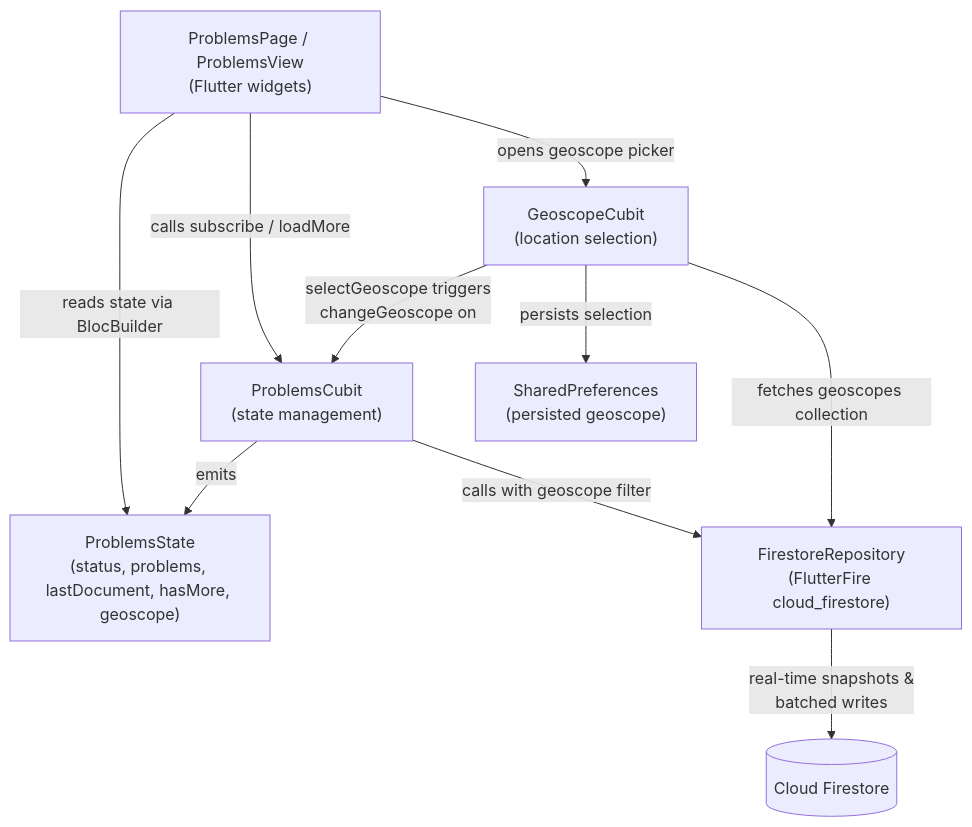
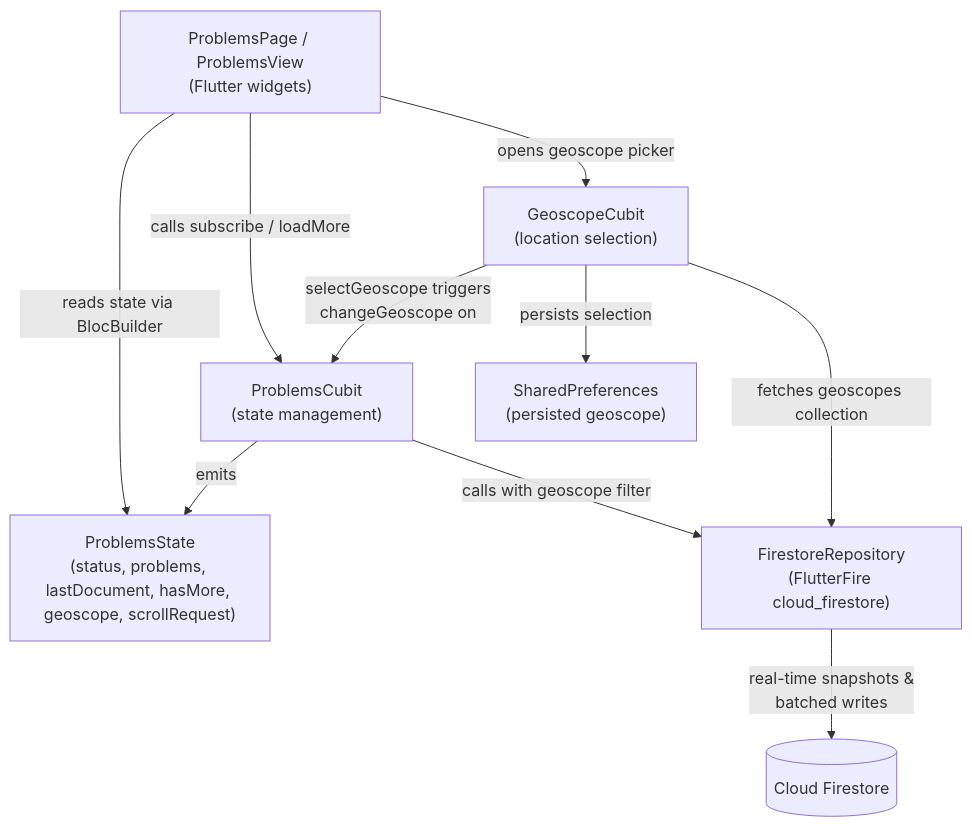
The sixth of 11 diagrams in ARCHITECTURE.md (adsouza/votasq), drawn with Mermaid before and after one commit. The commit also changed other lines of this file and 11 other files, not shown here.

````diff
--- a/ARCHITECTURE.md
+++ b/ARCHITECTURE.md
@@ -215,20 +219,20 @@
 ```mermaid
 graph TD
     UI["ProblemsPage / ProblemsView<br/>(Flutter widgets)"]
     Cubit["ProblemsCubit<br/>(state management)"]
     GeoCubit["GeoscopeCubit<br/>(location selection)"]
-    State["ProblemsState<br/>(status, problems, lastDocument, hasMore, geoscope)"]
+    State["ProblemsState<br/>(status, problems, lastDocument, hasMore, geoscope, scrollRequest)"]
     Repo["FirestoreRepository<br/>(FlutterFire cloud_firestore)"]
     Prefs["SharedPreferences<br/>(persisted geoscope)"]
     Firestore[(Cloud Firestore)]
 
     UI -->|"reads state via BlocBuilder"| State
     UI -->|"calls subscribe / loadMore"| Cubit
     UI -->|"opens geoscope picker"| GeoCubit
     GeoCubit -->|"selectGeoscope triggers<br/>changeGeoscope on"| Cubit
     GeoCubit -->|"persists selection"| Prefs
     GeoCubit -->|"fetches geoscopes collection"| Repo
     Cubit -->|"emits"| State
     Cubit -->|"calls with geoscope filter"| Repo
     Repo -->|"real-time snapshots &<br/>batched writes"| Firestore
 ```
````
